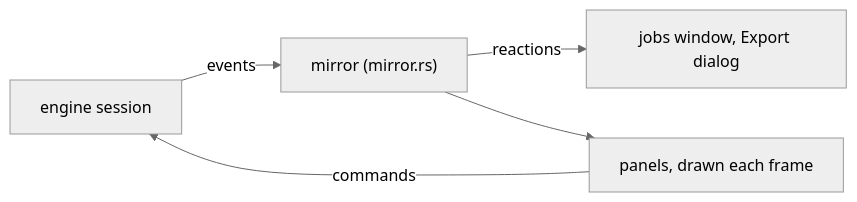
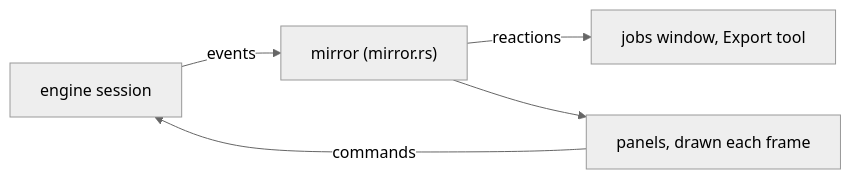
The second of 3 diagrams in docs/crates.md (apertrust/apertrust), drawn with Mermaid (neutral theme) before and after one commit. The commit also changed other lines of this file and 50 other files, not shown here.

First line of the commit message:
Move Export from a dialog into the Photos tab as a tool

````diff
--- a/docs/crates.md
+++ b/docs/crates.md
@@ -464,7 +464,7 @@
 ```mermaid
 flowchart LR
     session["engine session"] -- events --> mirror["mirror (mirror.rs)"]
-    mirror -- reactions --> windows["jobs window, Export dialog"]
+    mirror -- reactions --> windows["jobs window, Export tool"]
     mirror --> panels["panels, drawn each frame"]
     panels -- commands --> session
 ```
````
